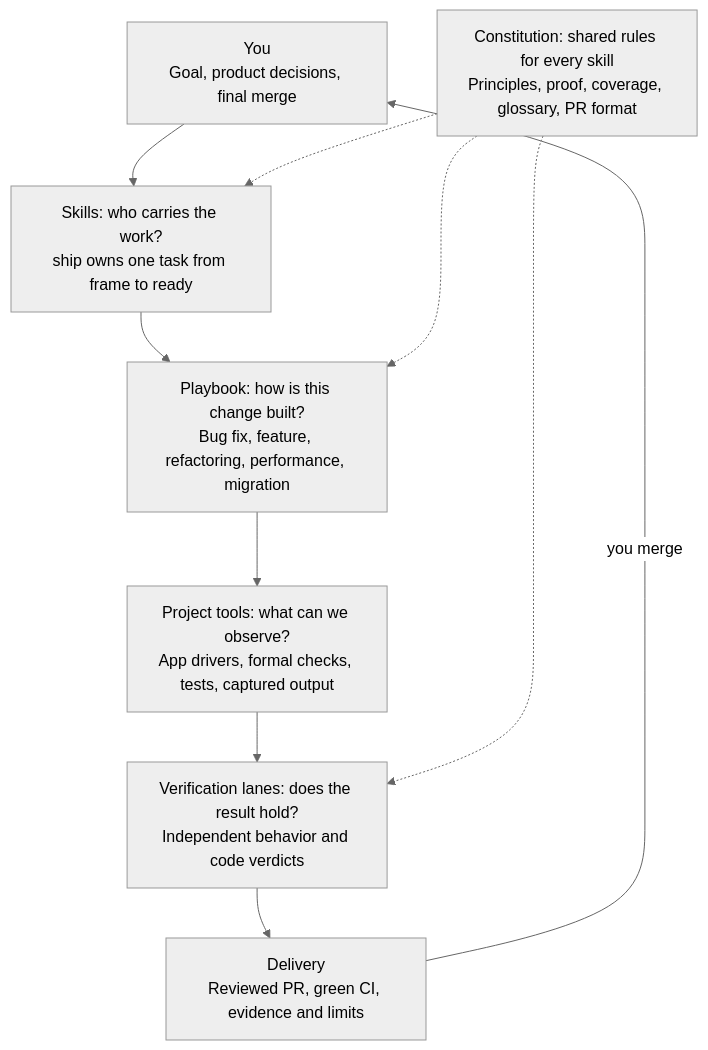
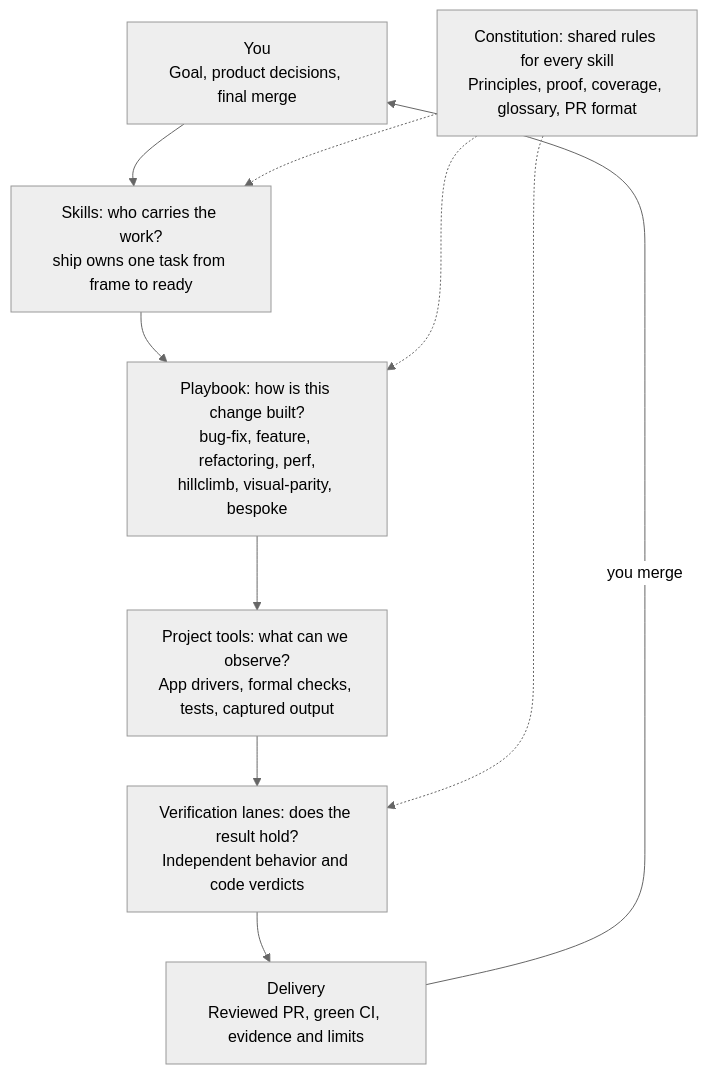
Before and after one commit to Ilian-Allaf/skillstack: the first of 9 diagrams in skills/README.md, drawn with Mermaid (neutral theme). The commit also changed other lines of this file and 1 other file, not shown here.

First line of the commit message:
Bring the map's diagrams in line with the skills

````diff
--- a/skills/README.md
+++ b/skills/README.md
@@ -13,16 +13,16 @@
 ```mermaid
 flowchart TB
   user["You<br/>Goal, product decisions, final merge"]
   workflow["Skills: who carries the work?<br/>ship owns one task from frame to ready"]
-  build["Playbook: how is this change built?<br/>Bug fix, feature, refactoring, performance, migration"]
+  build["Playbook: how is this change built?<br/>bug-fix, feature, refactoring, perf,<br/>hillclimb, visual-parity, bespoke"]
   evidence["Project tools: what can we observe?<br/>App drivers, formal checks, tests, captured output"]
   review["Verification lanes: does the result hold?<br/>Independent behavior and code verdicts"]
   handback["Delivery<br/>Reviewed PR, green CI, evidence and limits"]
   shared["Constitution: shared rules for every skill<br/>Principles, proof, coverage, glossary, PR format"]
 
   user --> workflow --> build --> evidence --> review --> handback
   handback -->|you merge| user
   shared -.-> workflow
   shared -.-> build
   shared -.-> review
 ```
````
